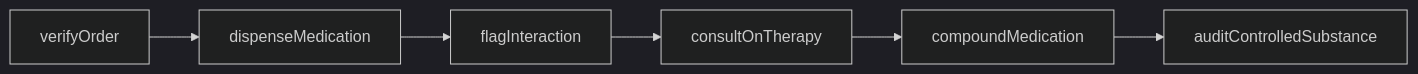
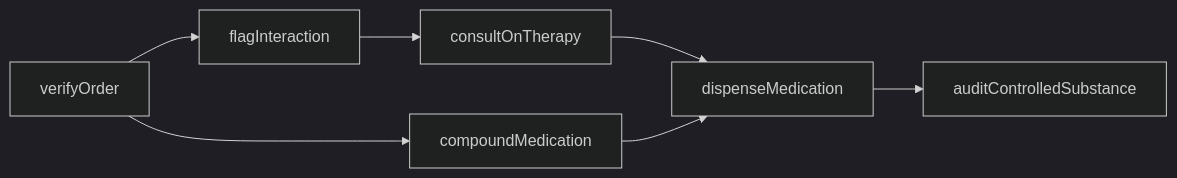
One commit to dot-org-ai/departments.org.ai changed the first of 2 diagrams in ClinicalOperations/Pharmacy.mdx. Above: the diagram before and after it, drawn with Mermaid (dark theme). The commit also changed 66 other files, not shown here.

````diff
--- a/ClinicalOperations/Pharmacy.mdx
+++ b/ClinicalOperations/Pharmacy.mdx
@@ -84,8 +84,9 @@
 ```mermaid
 graph LR
-  verifyOrder --> dispenseMedication
-  dispenseMedication --> flagInteraction
+  verifyOrder --> flagInteraction
   flagInteraction --> consultOnTherapy
-  consultOnTherapy --> compoundMedication
-  compoundMedication --> auditControlledSubstance
+  consultOnTherapy --> dispenseMedication
+  verifyOrder --> compoundMedication
+  compoundMedication --> dispenseMedication
+  dispenseMedication --> auditControlledSubstance
 ```
````
